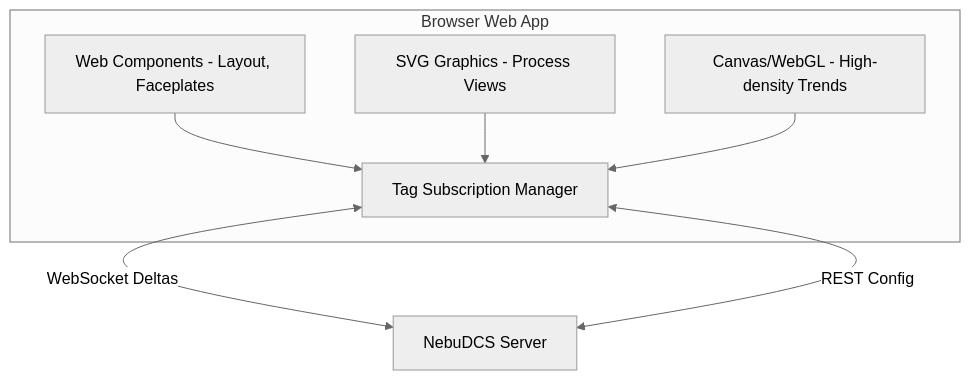
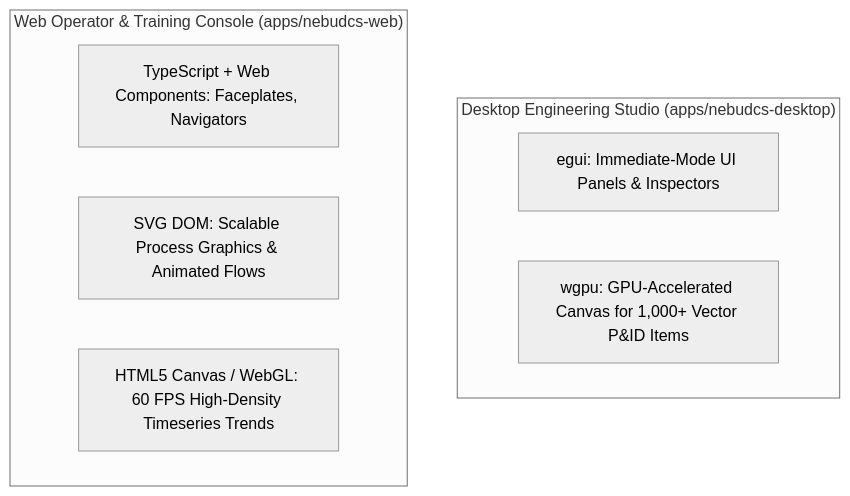
One commit to kaivyy/nebudcs changed the third of 7 diagrams in docs/architecture/hmi-pid.md. Above: the diagram before and after it, drawn with Mermaid (neutral theme). The commit also changed other lines of this file and 149 other files, not shown here.

````diff
--- a/docs/architecture/hmi-pid.md
+++ b/docs/architecture/hmi-pid.md
@@ -102,14 +102,13 @@
 ```mermaid
 graph TD
-    subgraph Browser Web App
-        A[Web Components - Layout, Faceplates]
-        B[SVG Graphics - Process Views]
-        C[Canvas/WebGL - High-density Trends]
-        D[Tag Subscription Manager]
+    subgraph "Desktop Engineering Studio (apps/nebudcs-desktop)"
+        Egui[egui: Immediate-Mode UI Panels & Inspectors]
+        Wgpu[wgpu: GPU-Accelerated Canvas for 1,000+ Vector P&ID Items]
     end
-    A --> D
-    B --> D
-    C --> D
-    D <-->|WebSocket Deltas| E[NebuDCS Server]
-    D <-->|REST Config| E
+
+    subgraph "Web Operator & Training Console (apps/nebudcs-web)"
+        WebComp[TypeScript + Web Components: Faceplates, Navigators]
+        SvgProc[SVG DOM: Scalable Process Graphics & Animated Flows]
+        CanvasTrend[HTML5 Canvas / WebGL: 60 FPS High-Density Timeseries Trends]
+    end
 ```
````
